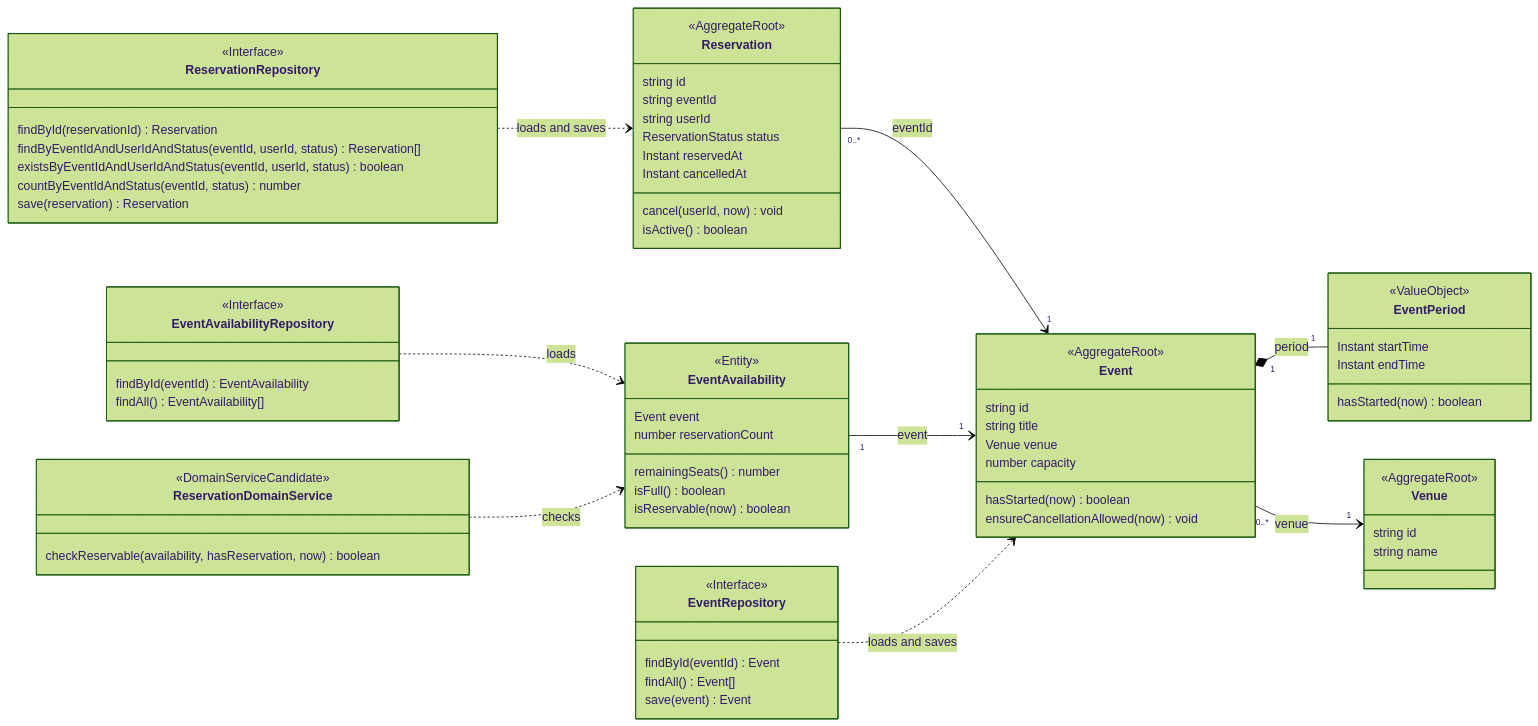
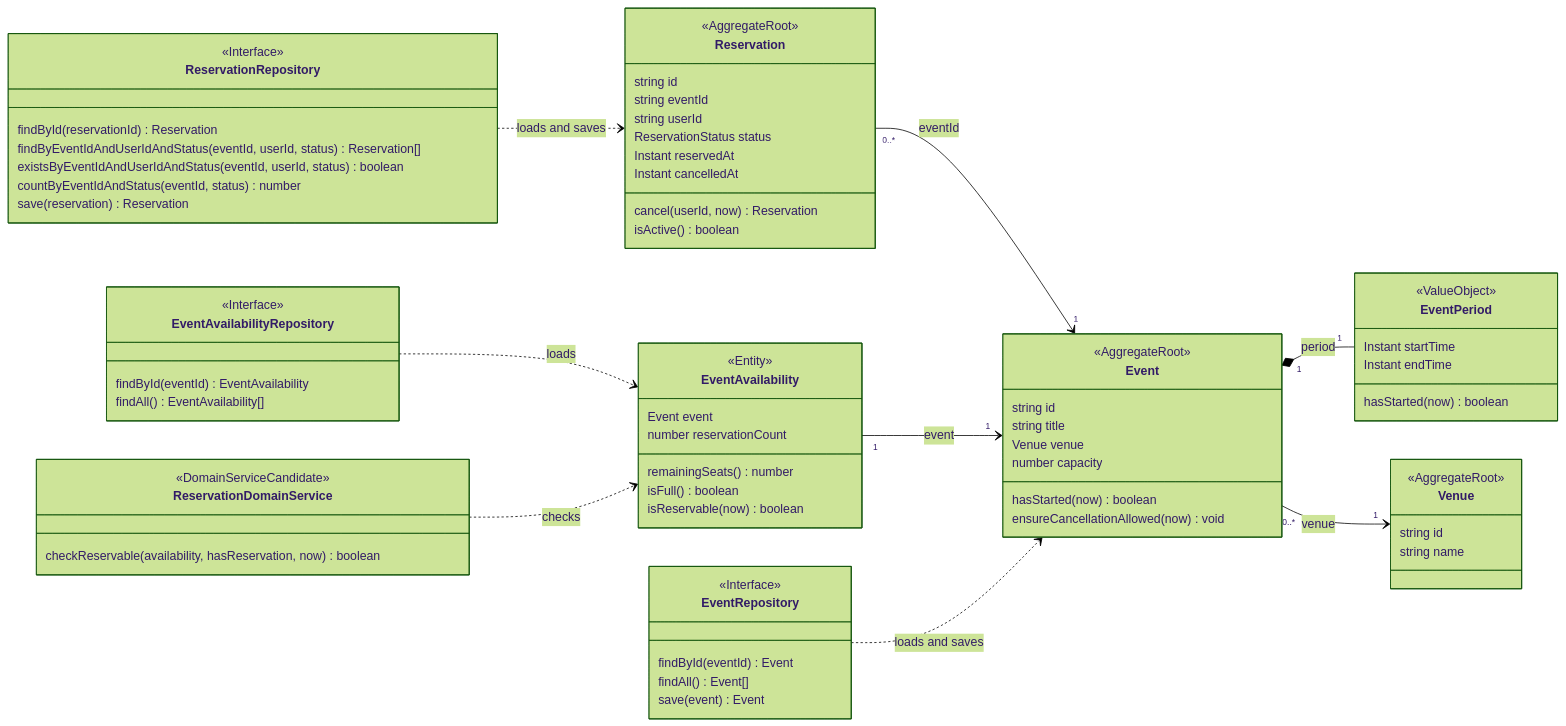
Before and after one commit to netakiryosuke/nextjs-ddd-sample: the first of 2 diagrams in docs/domain-model.md, drawn with Mermaid (forest theme). The commit also changed other lines of this file and 2 other files, not shown here.

```diff
--- a/docs/domain-model.md
+++ b/docs/domain-model.md
@@ -69,7 +69,7 @@
         ReservationStatus status
         Instant reservedAt
         Instant cancelledAt
-        cancel(userId, now) void
+        cancel(userId, now) Reservation
         isActive() boolean
     }
 
```
